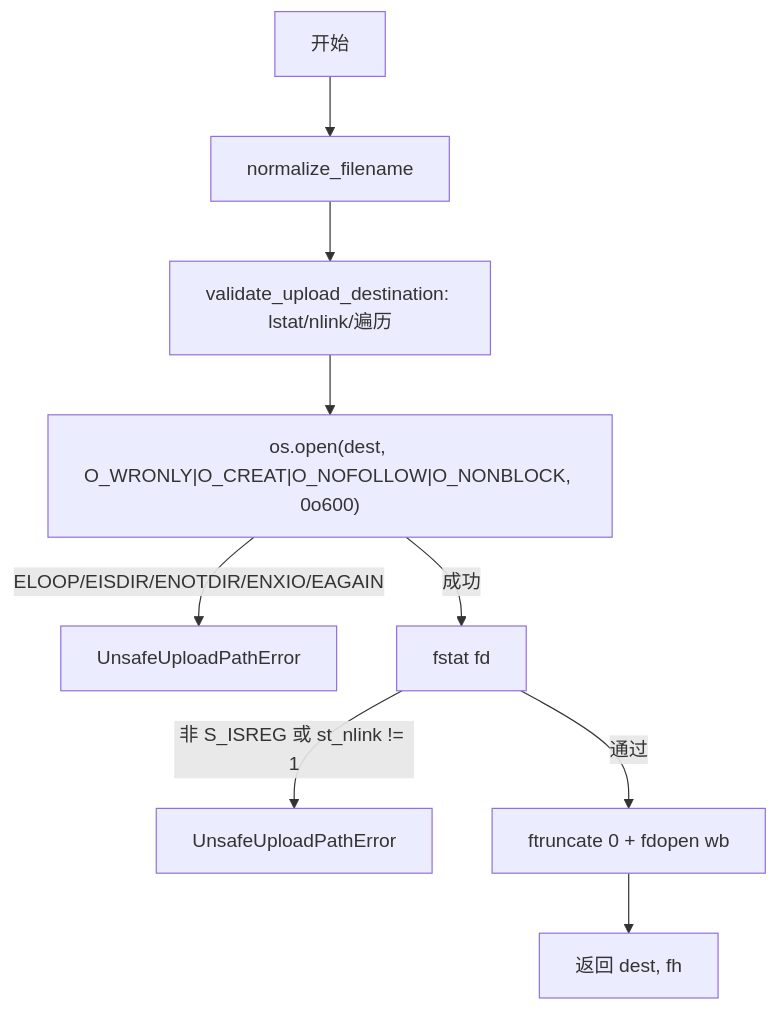
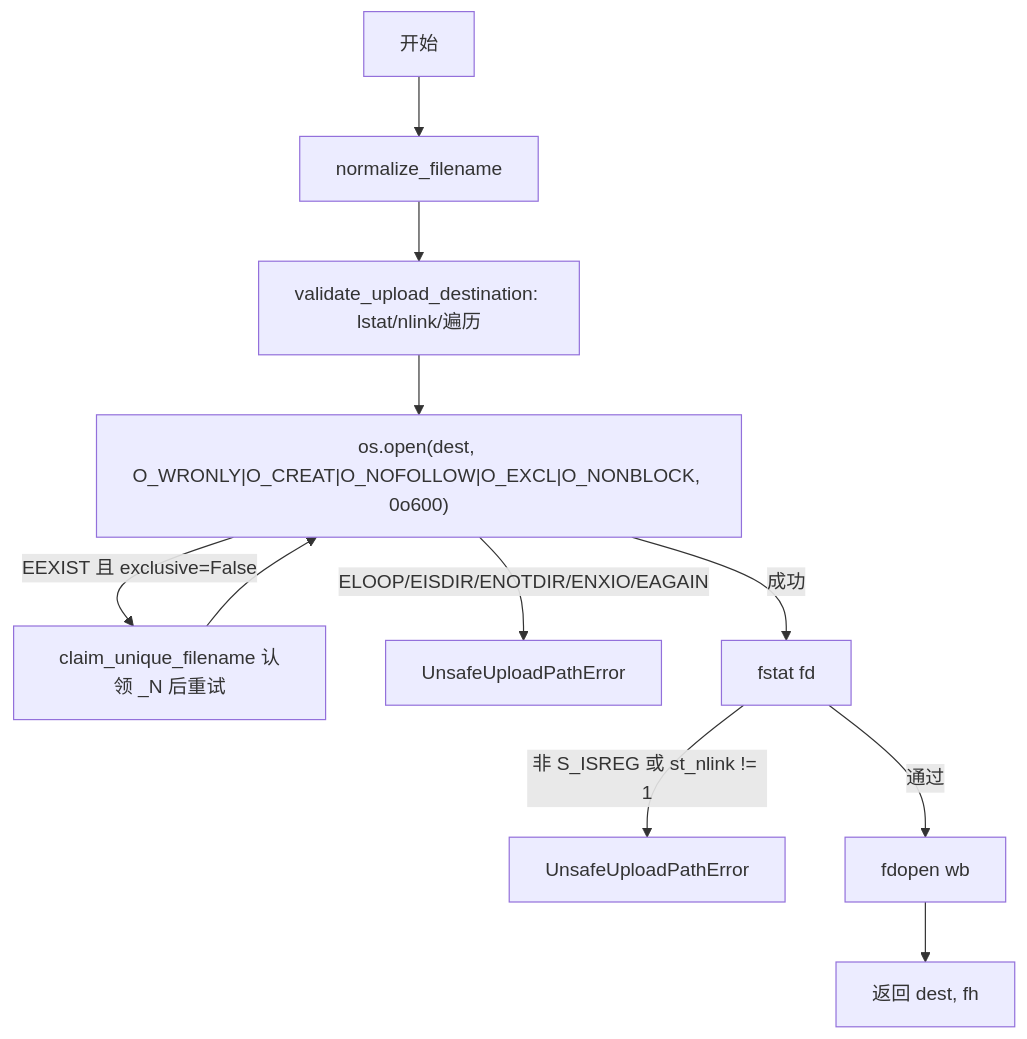
The second of 4 diagrams in _digested/operations/app-layer/02-upload-security.md (ethan-jiang-1/deer-flow), drawn with Mermaid before and after one commit. The commit also changed other lines of this file and 136 other files, not shown here.

````diff
--- a/_digested/operations/app-layer/02-upload-security.md
+++ b/_digested/operations/app-layer/02-upload-security.md
@@ -154,11 +198,13 @@
 ```mermaid
 flowchart TD
     S[开始] --> N[normalize_filename]
     N --> V[validate_upload_destination: lstat/nlink/遍历]
-    V --> O["os.open(dest, O_WRONLY|O_CREAT|O_NOFOLLOW|O_NONBLOCK, 0o600)"]
+    V --> O["os.open(dest, O_WRONLY|O_CREAT|O_NOFOLLOW|O_EXCL|O_NONBLOCK, 0o600)"]
+    O -->|EEXIST 且 exclusive=False| C[claim_unique_filename 认领 _N 后重试]
+    C --> O
     O -->|ELOOP/EISDIR/ENOTDIR/ENXIO/EAGAIN| R1[UnsafeUploadPathError]
     O -->|成功| F[fstat fd]
     F -->|非 S_ISREG 或 st_nlink != 1| R2[UnsafeUploadPathError]
-    F -->|通过| W[ftruncate 0 + fdopen wb]
+    F -->|通过| W[fdopen wb]
     W --> D[返回 dest, fh]
 ```
````
